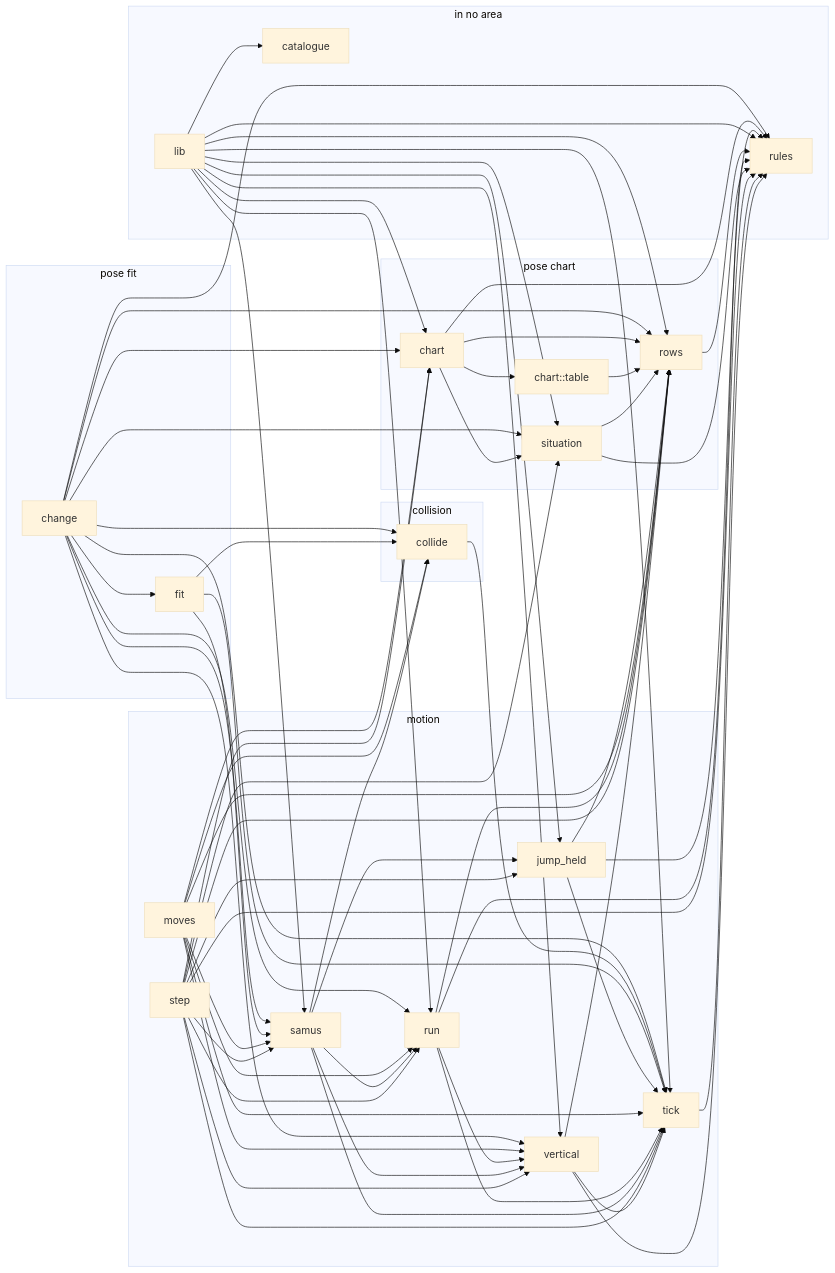
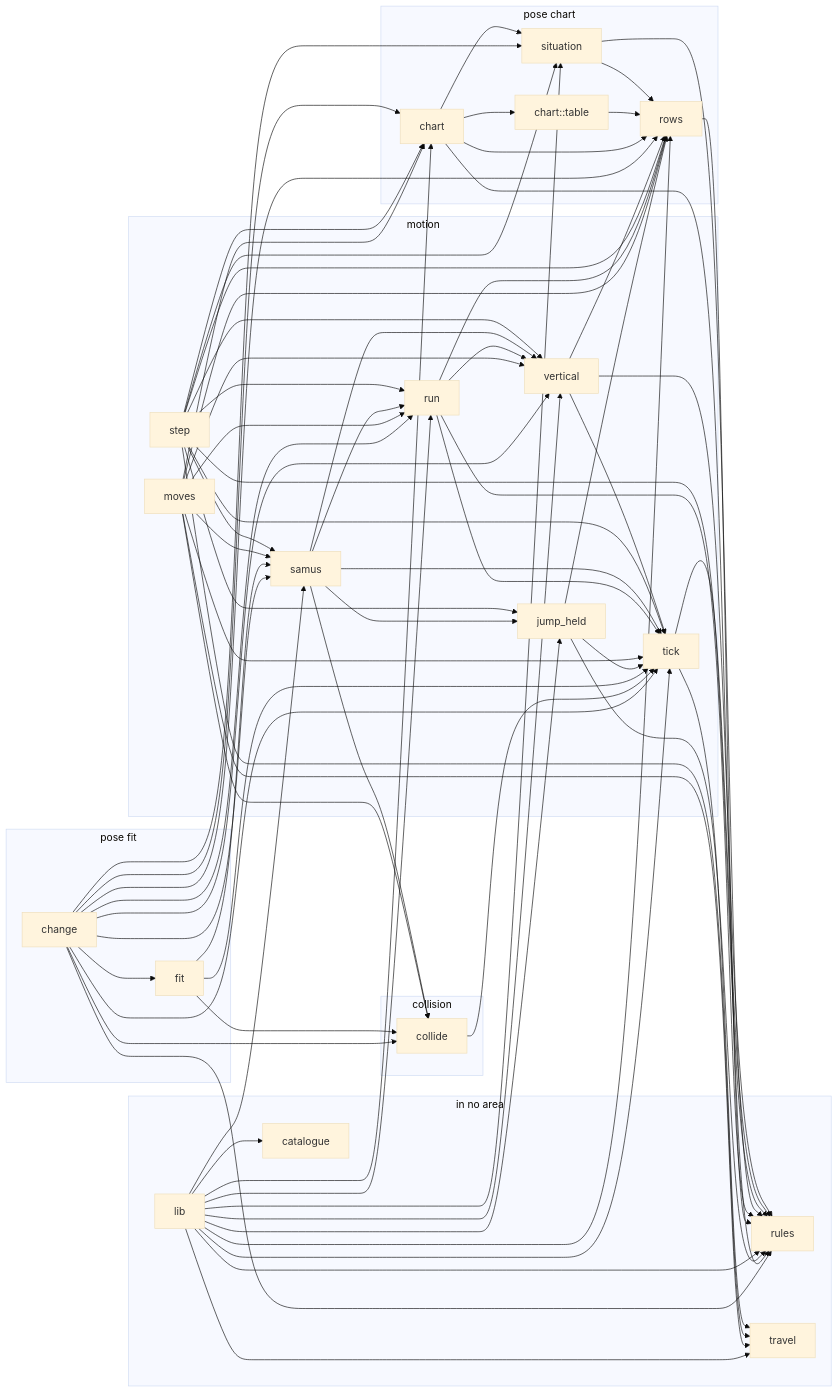
One commit to JimLundin/sm-decomp changed the fourth of 11 diagrams in docs/REPORT.md. Above: the diagram before and after it, drawn with Mermaid (base theme). The commit also changed other lines of this file and 35 other files, not shown here.

```diff
--- a/docs/REPORT.md
+++ b/docs/REPORT.md
@@ -1292,6 +1300,7 @@
     m_catalogue["catalogue"]
     m_lib["lib"]
     m_rules["rules"]
+    m_travel["travel"]
   end
   subgraph a_collision["collision"]
     m_collide["collide"]
@@ -1346,6 +1355,7 @@
   m_lib --> m_samus
   m_lib --> m_situation
   m_lib --> m_tick
+  m_lib --> m_travel
   m_lib --> m_vertical
   m_moves --> m_chart
   m_moves --> m_collide
@@ -1353,6 +1363,7 @@
   m_moves --> m_run
   m_moves --> m_samus
   m_moves --> m_tick
+  m_moves --> m_travel
   m_moves --> m_vertical
   m_rows --> m_rules
   m_run --> m_rows
@@ -1374,8 +1385,10 @@
   m_step --> m_samus
   m_step --> m_situation
   m_step --> m_tick
+  m_step --> m_travel
   m_step --> m_vertical
   m_tick --> m_rules
+  m_tick --> m_travel
   m_vertical --> m_rows
   m_vertical --> m_rules
   m_vertical --> m_tick
```
